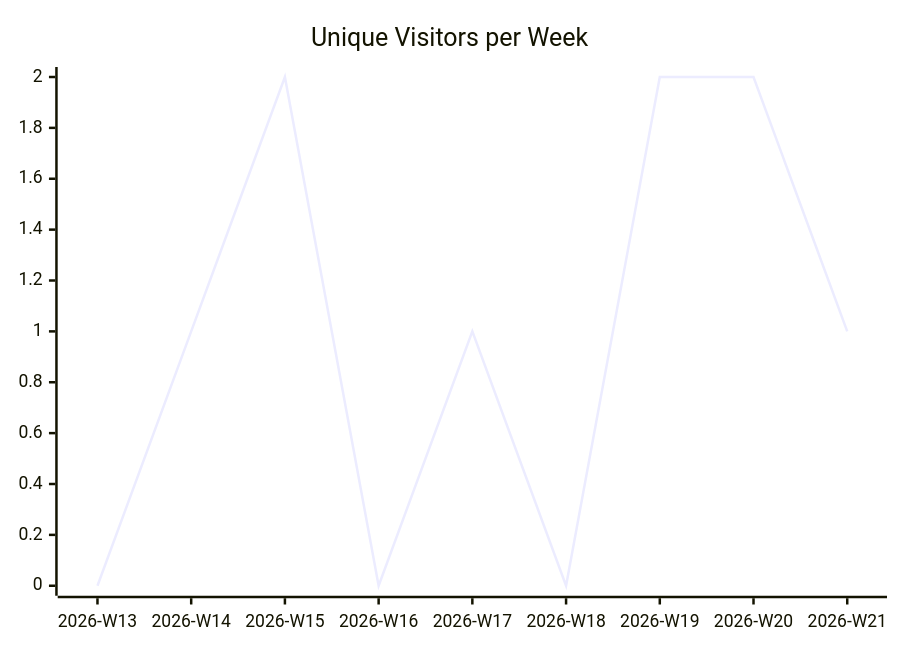
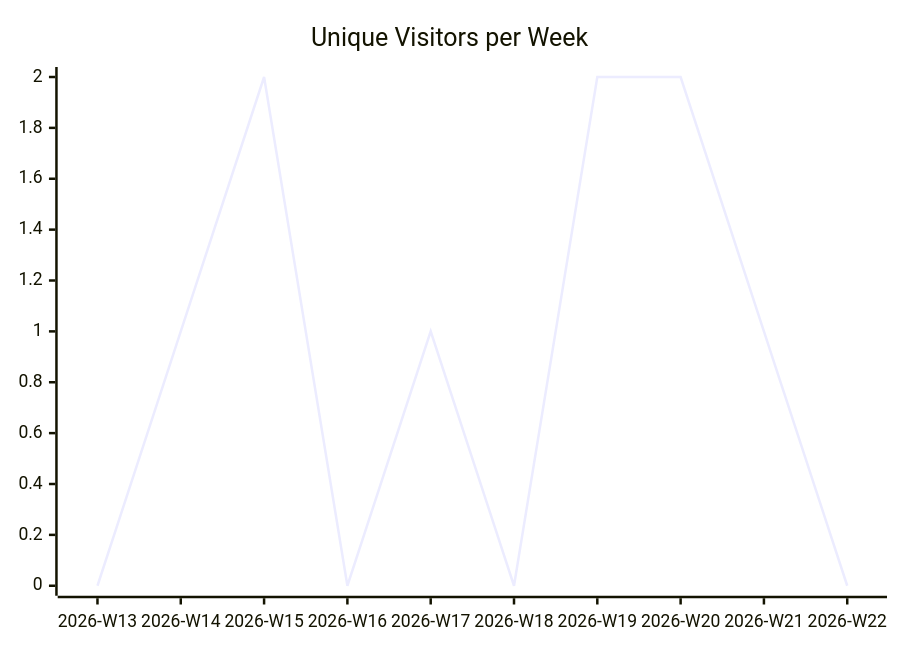
The first of 3 diagrams in justdavis-family/justdavis/README.md (justdavis-family/github-analytics-data), drawn with Mermaid before and after one commit. The commit also changed other lines of this file and 190 other files, not shown here.

````diff
--- a/justdavis-family/justdavis/README.md
+++ b/justdavis-family/justdavis/README.md
@@ -5,6 +5,6 @@
 ```mermaid
 xychart-beta
   title "Unique Visitors per Week"
-  x-axis ["2026-W13", "2026-W14", "2026-W15", "2026-W16", "2026-W17", "2026-W18", "2026-W19", "2026-W20", "2026-W21"]
-  line [0, 1, 2, 0, 1, 0, 2, 2, 1]
+  x-axis ["2026-W13", "2026-W14", "2026-W15", "2026-W16", "2026-W17", "2026-W18", "2026-W19", "2026-W20", "2026-W21", "2026-W22"]
+  line [0, 1, 2, 0, 1, 0, 2, 2, 1, 0]
 ```
````
